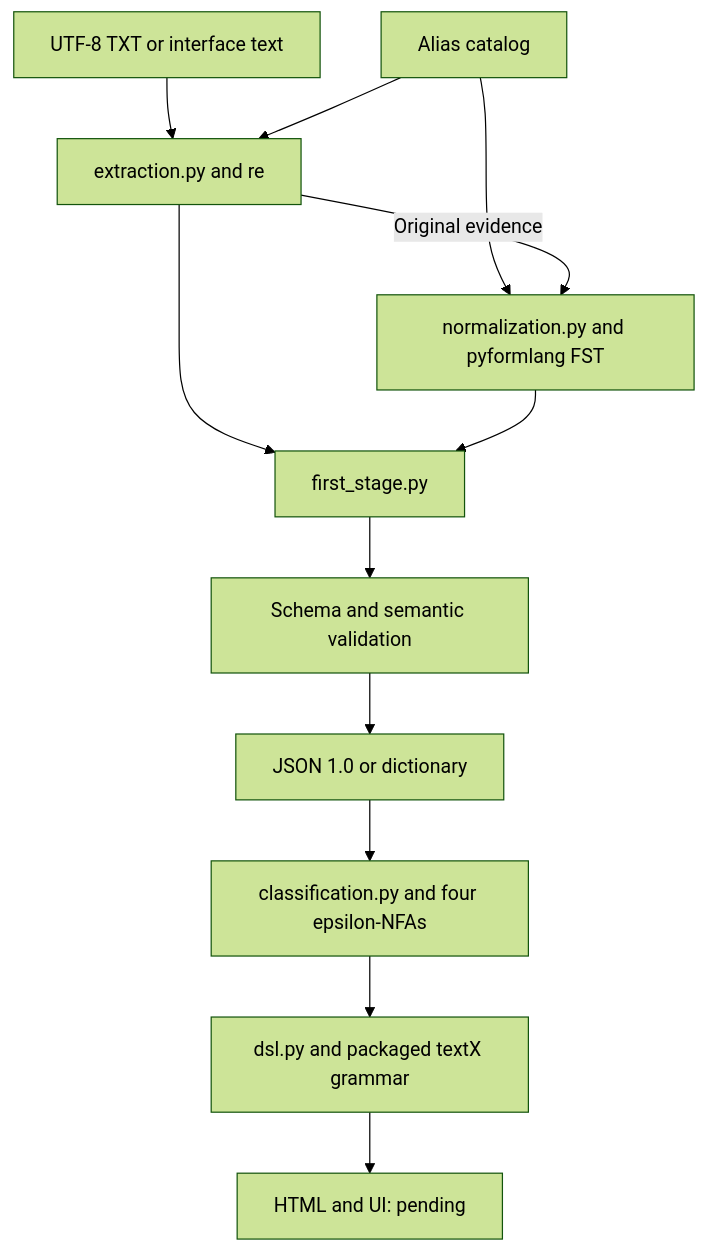
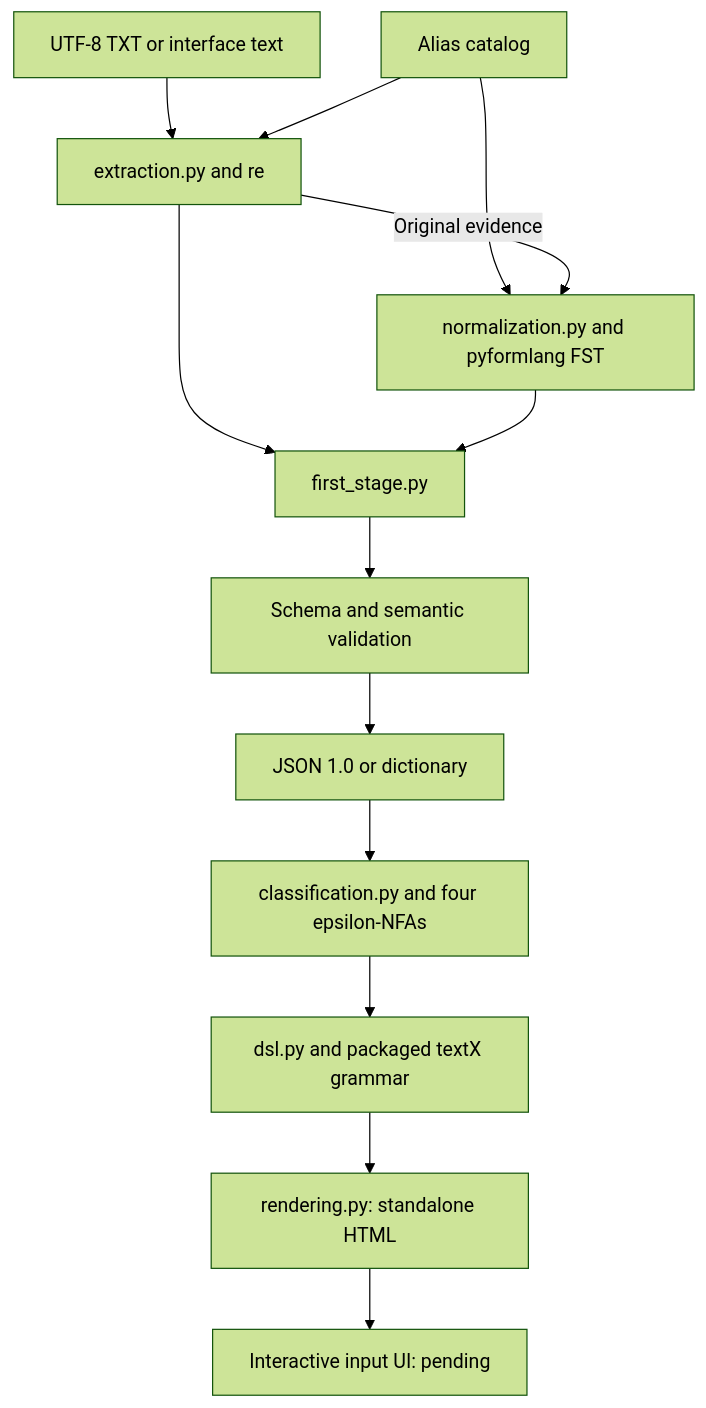
Before and after one commit to ValentinaM31/IntegrativeTask1_ResumeLens: the diagram in docs/module-design.md, drawn with Mermaid (forest theme). The commit also changed other lines of this file and 54 other files, not shown here.

````diff
--- a/docs/module-design.md
+++ b/docs/module-design.md
@@ -5,14 +5,15 @@
 ```mermaid
 flowchart TD
     T[UTF-8 TXT or interface text] --> E[extraction.py and re]
     C[Alias catalog] --> E
     C --> F[normalization.py and pyformlang FST]
     E -->|Original evidence| F
     E --> P[first_stage.py]
     F --> P
     P --> V[Schema and semantic validation]
     V --> J[JSON 1.0 or dictionary]
     J --> A[classification.py and four epsilon-NFAs]
     A --> D[dsl.py and packaged textX grammar]
-    D --> H[HTML and UI: pending]
+    D --> H[rendering.py: standalone HTML]
+    H --> U[Interactive input UI: pending]
 ```
````
